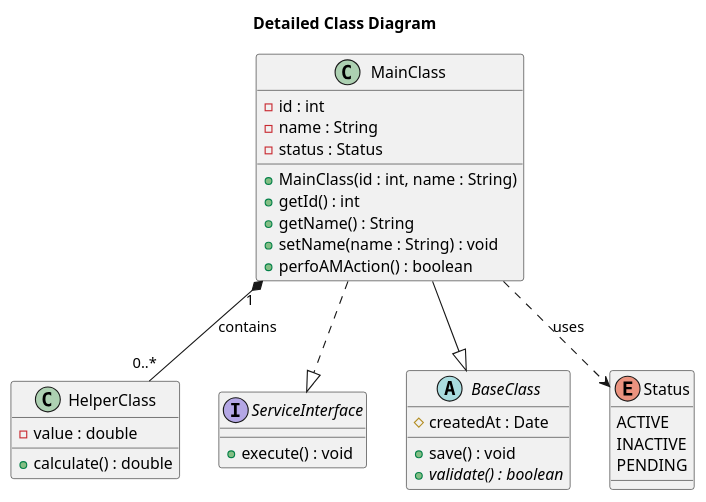
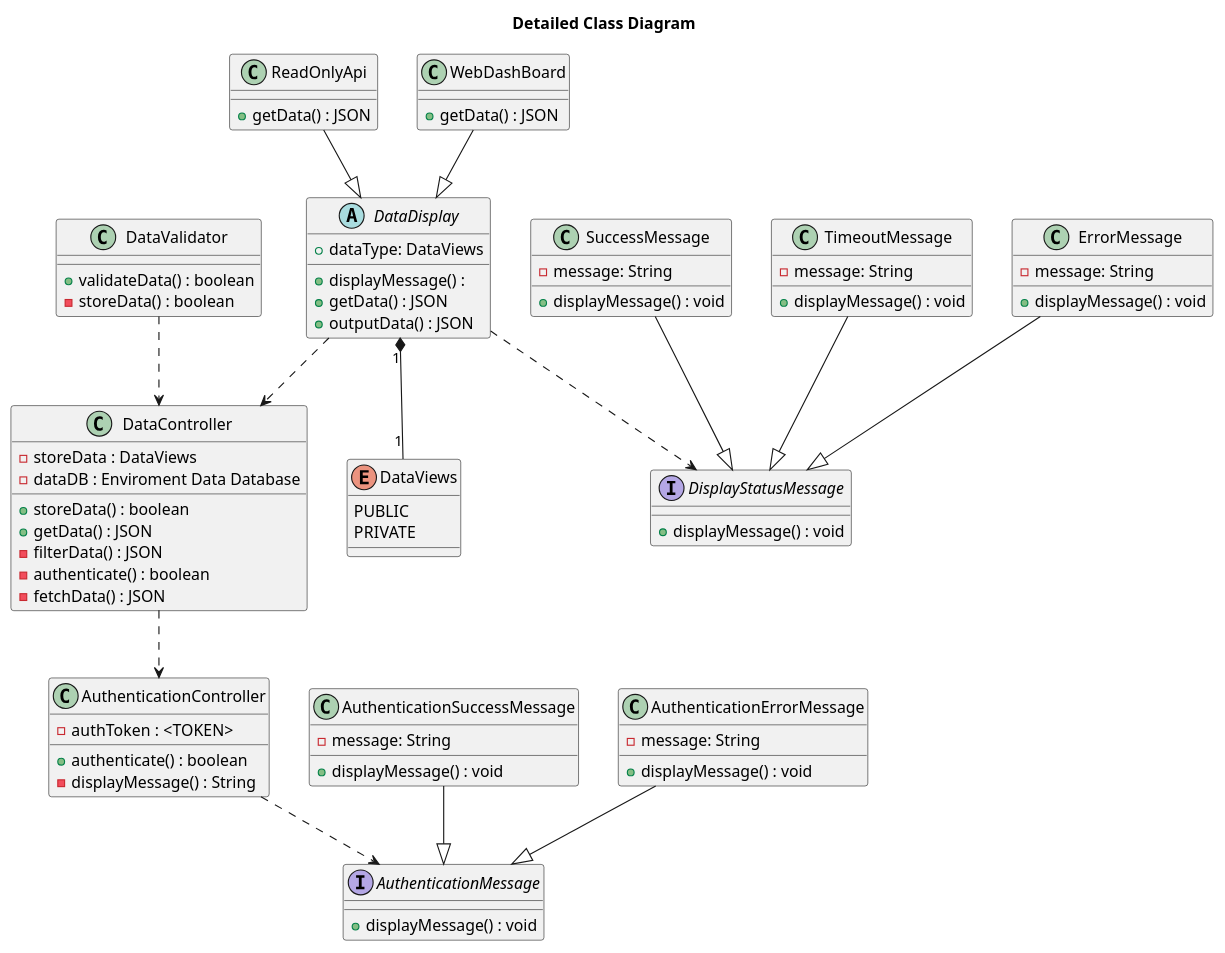
The diagram in detailed-class-diag/template.puml (kailashsrirang/3a04-deliverable3), drawn with PlantUML before and after one commit.

Commit message:
added data and auth controlelr to detailed class diag

```diff
--- a/detailed-class-diag/template.puml
+++ b/detailed-class-diag/template.puml
@@ -1,41 +1,94 @@
 @startuml
 title Detailed Class Diagram
 
-class MainClass {
-    -id : int
-    -name : String
-    -status : Status
-    +MainClass(id : int, name : String)
-    +getId() : int
-    +getName() : String
-    +setName(name : String) : void
-    +perfoAMAction() : boolean
+class DataValidator {
+    +validateData() : boolean
+    -storeData() : boolean
 }
 
-class HelperClass {
-    -value : double
-    +calculate() : double
+class DataController {
+    -storeData : DataViews
+    +storeData() : boolean
+    +getData() : JSON
+    -filterData() : JSON
+    -authenticate() : boolean
+    -fetchData() : JSON
+    - dataDB : Enviroment Data Database
 }
 
-interface ServiceInterface {
-    +execute() : void
+abstract DataDisplay{
+    + displayMessage() : 
+    + dataType: DataViews
+    +getData() : JSON
+    +outputData() : JSON
 }
 
-abstract class BaseClass {
-    #createdAt : Date
-    +save() : void
-    {abstract} +validate() : boolean
+class ReadOnlyApi{
+    +getData() : JSON
 }
 
-enum Status {
-    ACTIVE
-    INACTIVE
-    PENDING
+class WebDashBoard{
+    +getData() : JSON
 }
 
-MainClass --|> BaseClass
-MainClass ..|> ServiceInterface
-MainClass "1" *-- "0..*" HelperClass : contains
-MainClass ..> Status : uses
+WebDashBoard --|> DataDisplay
+ReadOnlyApi --|> DataDisplay
+DataDisplay ..> DataController 
+
+
+interface DisplayStatusMessage{
+    +displayMessage() : void
+}
+
+class ErrorMessage{
+    -message: String
+    +displayMessage() : void
+}
+class SuccessMessage{
+    -message: String
+    +displayMessage() : void
+}
+class TimeoutMessage{
+    -message: String
+    +displayMessage() : void
+}
+TimeoutMessage --|> DisplayStatusMessage
+SuccessMessage --|> DisplayStatusMessage
+ErrorMessage --|> DisplayStatusMessage
+
+enum DataViews {
+    PUBLIC
+    PRIVATE
+}
+
+
+
+' authentication
+class AuthenticationController {
+    +authenticate() : boolean
+    -displayMessage() : String
+    -authToken : <TOKEN>
+}
+interface AuthenticationMessage{
+    +displayMessage() : void
+}
+class AuthenticationSuccessMessage{
+    -message: String
+    +displayMessage() : void
+}
+class AuthenticationErrorMessage{
+    -message: String
+    +displayMessage() : void
+}
+AuthenticationSuccessMessage --|>  AuthenticationMessage
+AuthenticationErrorMessage --|> AuthenticationMessage
+
+
+DataValidator ..> DataController 
+DataDisplay "1" *-- "1" DataViews 
+DataDisplay ..> DisplayStatusMessage 
+DataController ..> AuthenticationController 
+AuthenticationController ..> AuthenticationMessage 
+
 
 @enduml
```
